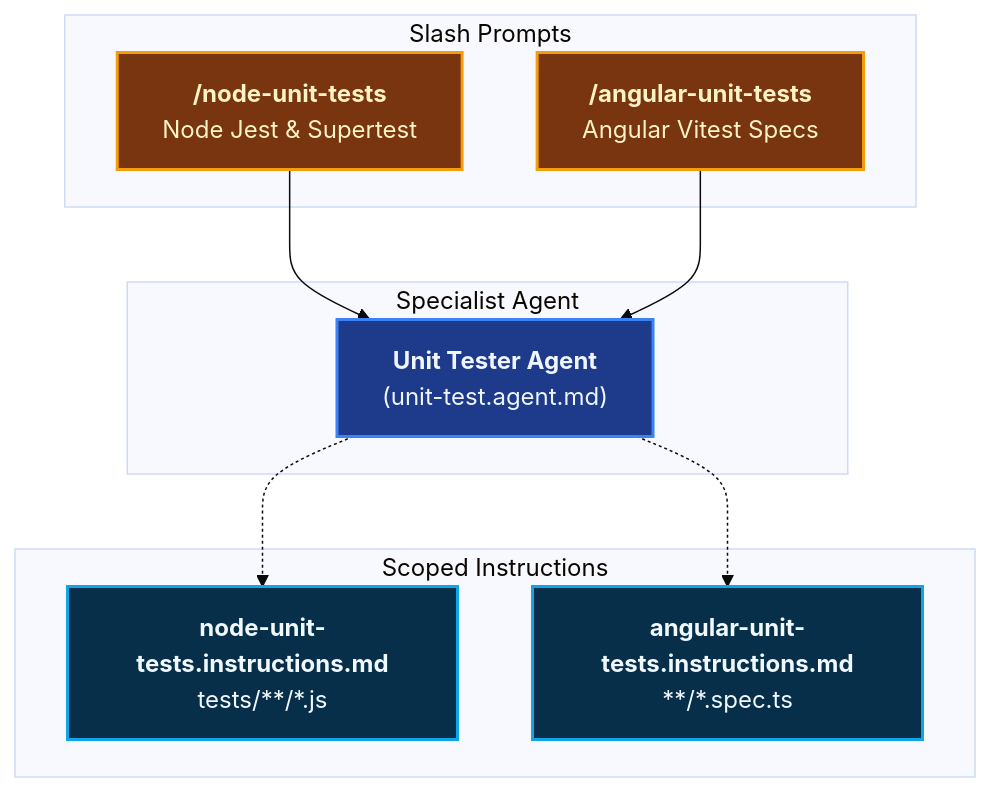
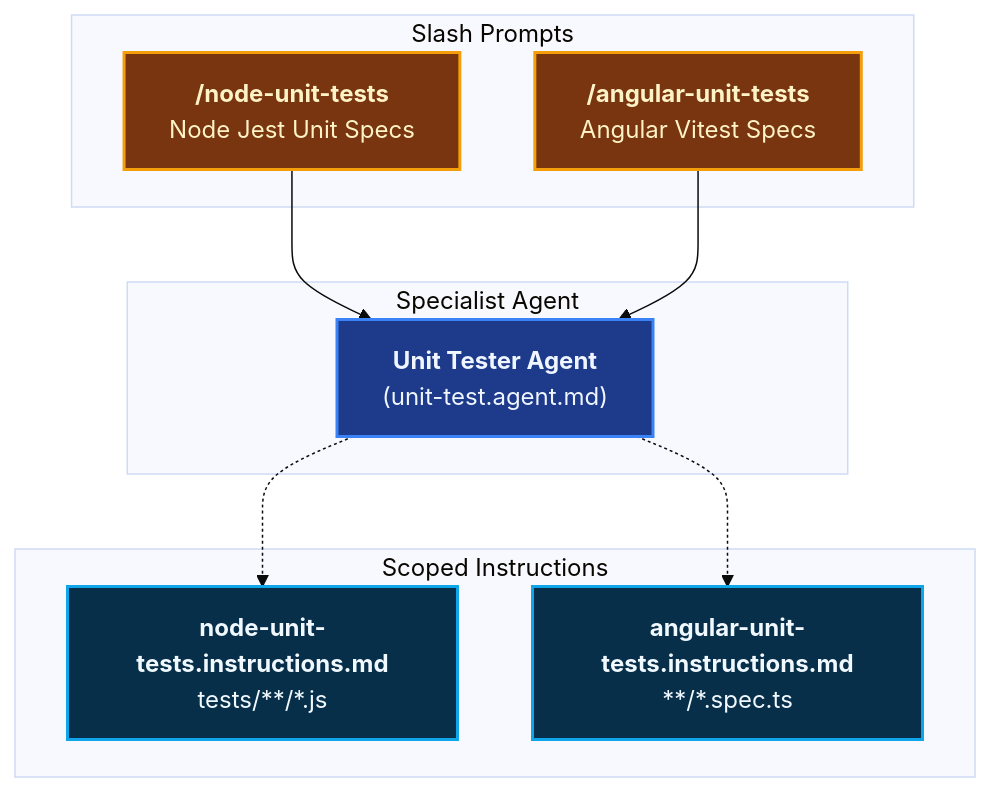
Before and after one commit to ALTEN-group/coding-pal: the first of 6 diagrams in website/docs/guide/domain-testing.md, drawn with Mermaid (base theme). The commit also changed other lines of this file and 18 other files, not shown here.

````diff
--- a/website/docs/guide/domain-testing.md
+++ b/website/docs/guide/domain-testing.md
@@ -13,32 +13,32 @@
 ```mermaid
 ---
 caption: Unit & Component Testing Flow
 ---
 flowchart TD
     subgraph Triggers ["Slash Prompts"]
-        P_NODE["<b>/node-unit-tests</b><br/>Node Jest & Supertest"]
+        P_NODE["<b>/node-unit-tests</b><br/>Node Jest Unit Specs"]
         P_NG_U["<b>/angular-unit-tests</b><br/>Angular Vitest Specs"]
     end
 
     subgraph Specialists ["Specialist Agent"]
         A_UNIT["<b>Unit Tester Agent</b><br/>(unit-test.agent.md)"]
     end
 
     subgraph Standards ["Scoped Instructions"]
         I_NODE["<b>node-unit-tests.instructions.md</b><br/>tests/**/*.js"]
         I_NG_U["<b>angular-unit-tests.instructions.md</b><br/>**/*.spec.ts"]
     end
 
     P_NODE --> A_UNIT
     P_NG_U --> A_UNIT
     A_UNIT -.-> I_NODE
     A_UNIT -.-> I_NG_U
 
     classDef prompt fill:#78350f,stroke:#f59e0b,stroke-width:2px,color:#fef3c7;
     classDef agent fill:#1e3a8a,stroke:#3b82f6,stroke-width:2px,color:#eff6ff;
     classDef standard fill:#082f49,stroke:#0ea5e9,stroke-width:2px,color:#f0f9ff;
 
     class P_NODE,P_NG_U prompt;
     class A_UNIT agent;
     class I_NODE,I_NG_U standard;
 ```
````
